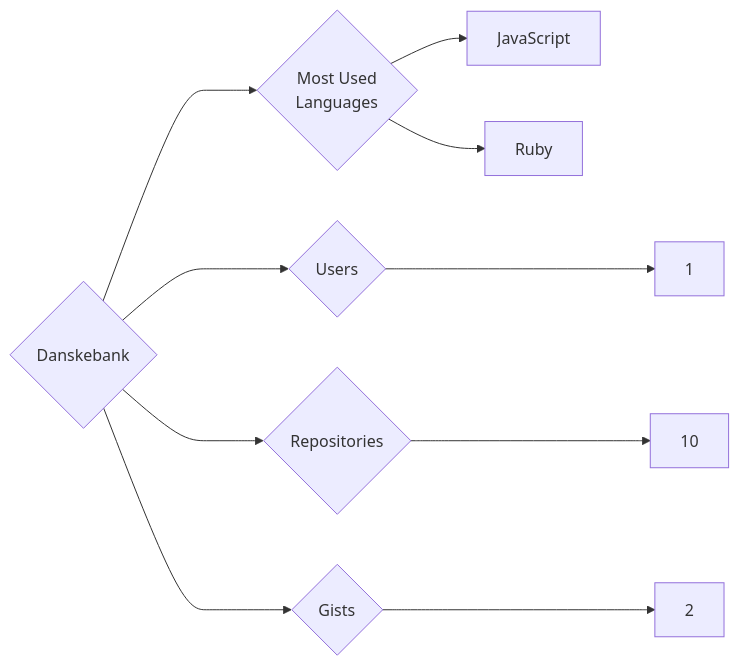
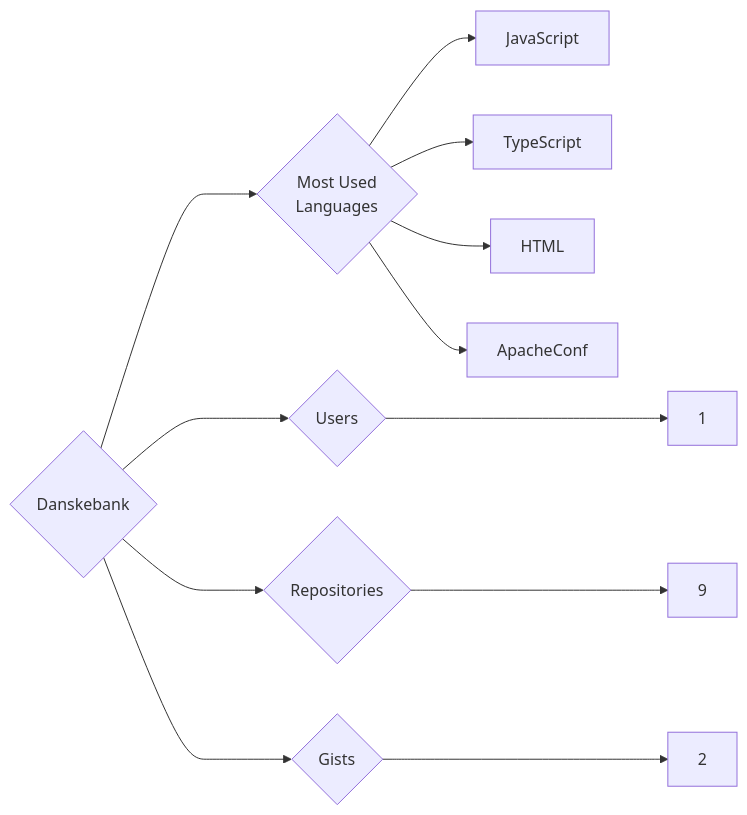
Before and after one commit to trickest/insiders: the diagram in targets/Danskebank/README.md, drawn with Mermaid. The commit also changed 783 other files, not shown here.

````diff
--- a/targets/Danskebank/README.md
+++ b/targets/Danskebank/README.md
@@ -3,10 +3,12 @@
 ```mermaid
 graph LR
 COMPANY_NAME{Danskebank}
 COMPANY_NAME ---> U{Users} ---> UN[1]
-COMPANY_NAME ---> R{Repositories} ---> RN[10]
+COMPANY_NAME ---> R{Repositories} ---> RN[9]
 COMPANY_NAME ---> G{Gists} ---> GN[2]
 COMPANY_NAME ---> ML{Most Used<br>Languages}
 ML --> JavaScript[JavaScript]
-ML --> Ruby[Ruby]
+ML --> TypeScript[TypeScript]
+ML --> HTML[HTML]
+ML --> ApacheConf[ApacheConf]
 ```
````
